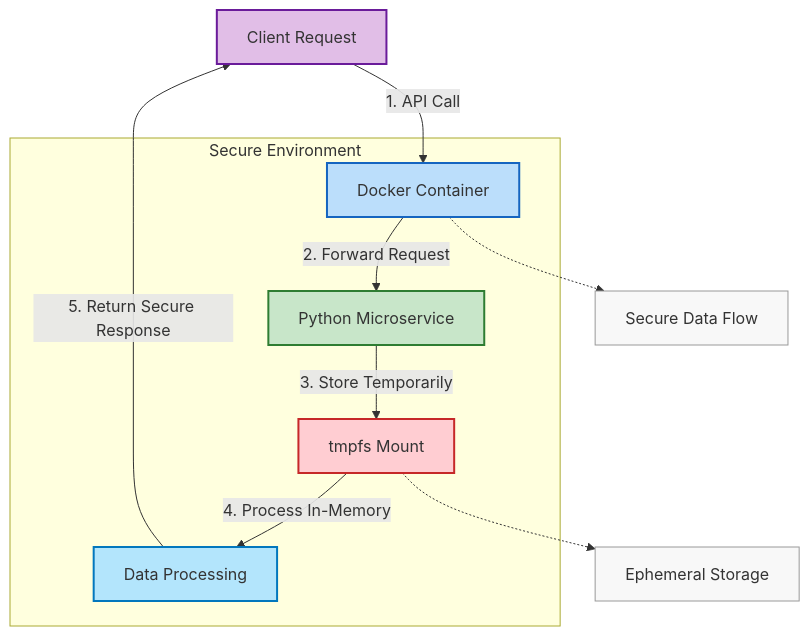
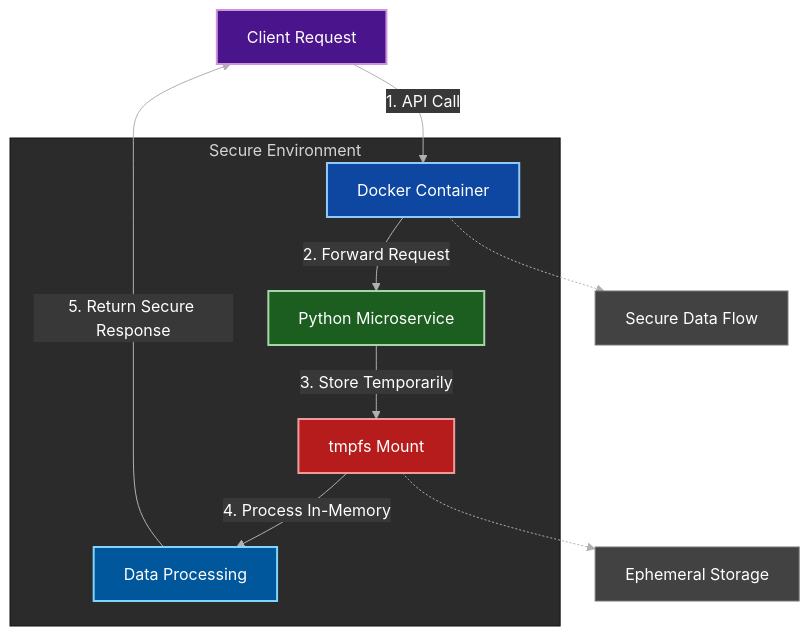
The diagram in README.md (TheToriqul/docker-in-memory-storage), drawn with Mermaid before and after one commit.

Commit message:
Chore: Updated Mermaid code

````diff
--- a/README.md
+++ b/README.md
@@ -16,49 +16,63 @@
 ```mermaid
+%%{
+    init: {
+        'theme': 'base',
+        'themeVariables': {
+            'primaryColor': '#2B2B2B',
+            'primaryTextColor': '#fff',
+            'primaryBorderColor': '#7C7C7C',
+            'lineColor': '#B0B0B0',
+            'secondaryColor': '#383838',
+            'tertiaryColor': '#2B2B2B'
+        }
+    }
+}%%
+
 graph TD
     %% Node definitions with descriptive IDs
     CLIENT[Client Request]
     DOCKER[Docker Container]
     PYTHON[Python Microservice]
     TMPFS[tmpfs Mount]
     PROCESS[Data Processing]
 
     %% Flow definitions with detailed labels
     CLIENT -->|"1. API Call"| DOCKER
     DOCKER -->|"2. Forward Request"| PYTHON
     PYTHON -->|"3. Store Temporarily"| TMPFS
     TMPFS -->|"4. Process In-Memory"| PROCESS
     PROCESS -->|"5. Return Secure Response"| CLIENT
 
     %% Subgraph for security boundary
     subgraph Secure Environment
         DOCKER
         PYTHON
         TMPFS
         PROCESS
     end
 
-    %% Class definitions for better dark/light mode compatibility
-    classDef default fill:#f9f9f9,stroke:#333,stroke-width:2px
-    classDef client fill:#e1bee7,stroke:#6a1b9a,stroke-width:2px
-    classDef container fill:#bbdefb,stroke:#1565c0,stroke-width:2px
-    classDef service fill:#c8e6c9,stroke:#2e7d32,stroke-width:2px
-    classDef storage fill:#ffcdd2,stroke:#c62828,stroke-width:2px
-    classDef process fill:#b3e5fc,stroke:#0277bd,stroke-width:2px
+    %% Class definitions optimized for dark mode
+    classDef default fill:#2B2B2B,stroke:#B0B0B0,stroke-width:2px,color:#fff
+    classDef client fill:#4A148C,stroke:#CE93D8,stroke-width:2px,color:#fff
+    classDef container fill:#0D47A1,stroke:#90CAF9,stroke-width:2px,color:#fff
+    classDef service fill:#1B5E20,stroke:#A5D6A7,stroke-width:2px,color:#fff
+    classDef storage fill:#B71C1C,stroke:#EF9A9A,stroke-width:2px,color:#fff
+    classDef process fill:#01579B,stroke:#81D4FA,stroke-width:2px,color:#fff
+    classDef notes fill:#424242,stroke:#757575,stroke-width:1px,color:#fff
 
     %% Apply classes to nodes
     class CLIENT client
     class DOCKER container
     class PYTHON service
     class TMPFS storage
     class PROCESS process
 
-    %% Notes for additional context
+    %% Notes with dark mode optimization
     note1[Secure Data Flow]
     note2[Ephemeral Storage]
     
-    style note1 fill:#f8f8f8,stroke:#999,stroke-width:1px
-    style note2 fill:#f8f8f8,stroke:#999,stroke-width:1px
+    class note1,note2 notes
     
     DOCKER -.-> note1
     TMPFS -.-> note2
 ```
````
